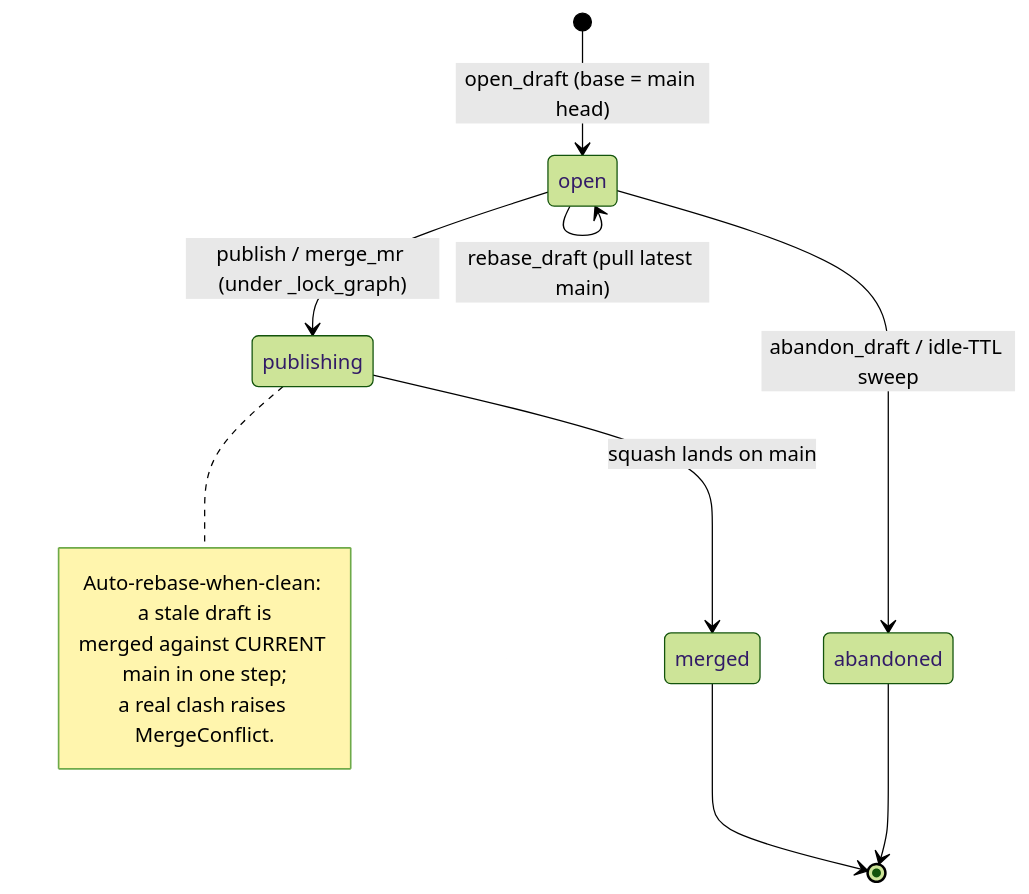
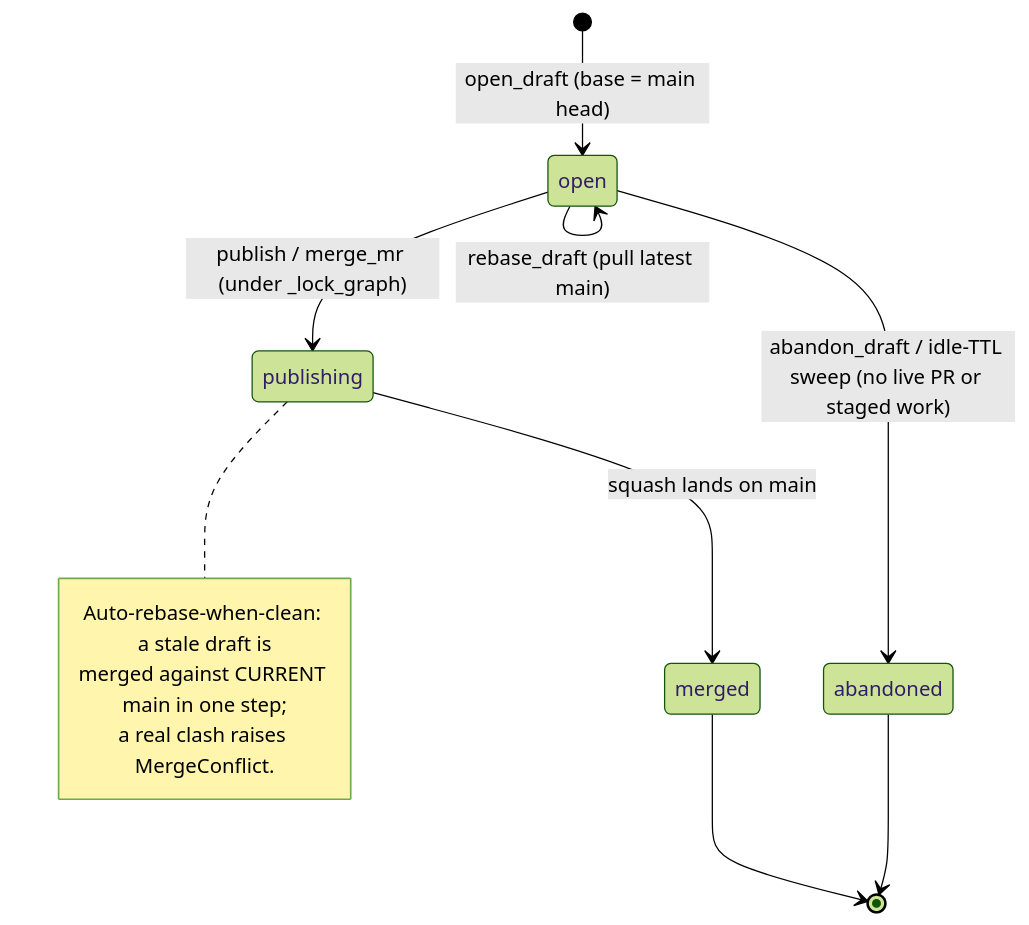
Before and after one commit to rkrumins/dataviz: the second of 6 diagrams in docs/versioning/03-branching-commits-merge.md, drawn with Mermaid (forest theme). The commit also changed 3 other files, not shown here.

First line of the commit message:
Keep an idle draft the sweep would abandon while it is still in use

````diff
--- a/docs/versioning/03-branching-commits-merge.md
+++ b/docs/versioning/03-branching-commits-merge.md
@@ -94,16 +94,16 @@
 ```mermaid
 stateDiagram-v2
     [*] --> open : open_draft (base = main head)
     open --> open : stage_changes → checkpoint (draft commits)
     open --> open : rebase_draft (pull latest main)
     open --> publishing : publish / merge_mr (under _lock_graph)
     publishing --> merged : squash lands on main
-    open --> abandoned : abandon_draft / idle-TTL sweep
+    open --> abandoned : abandon_draft / idle-TTL sweep (no live PR or staged work)
     merged --> [*]
     abandoned --> [*]
     note right of publishing
         Auto-rebase-when-clean: a stale draft is
         merged against CURRENT main in one step;
         a real clash raises MergeConflict.
     end note
 ```
````
